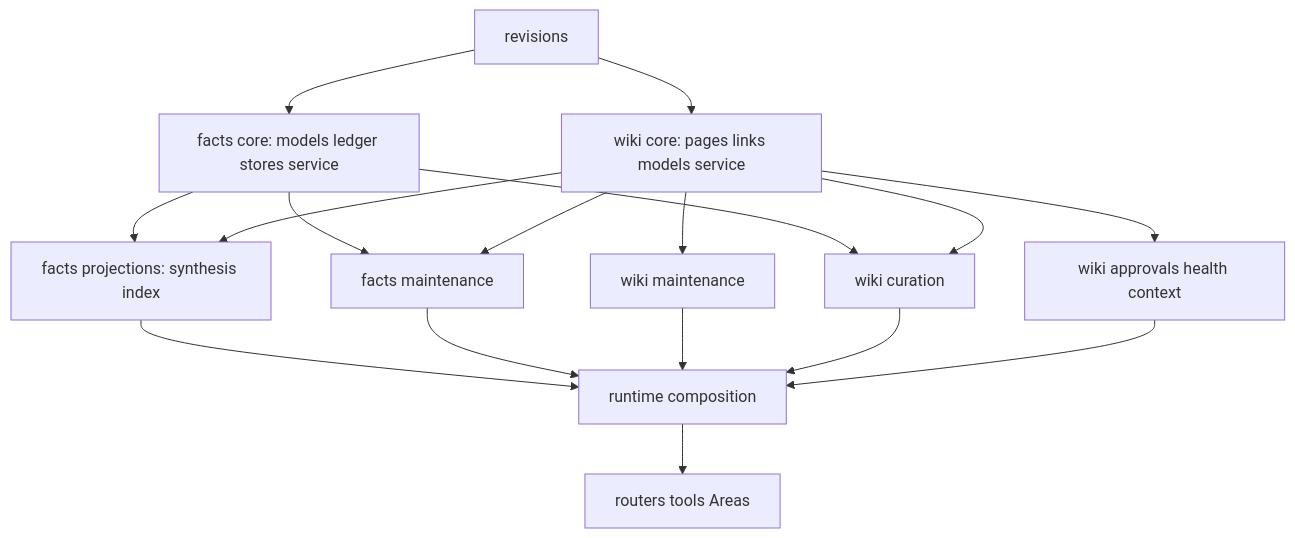
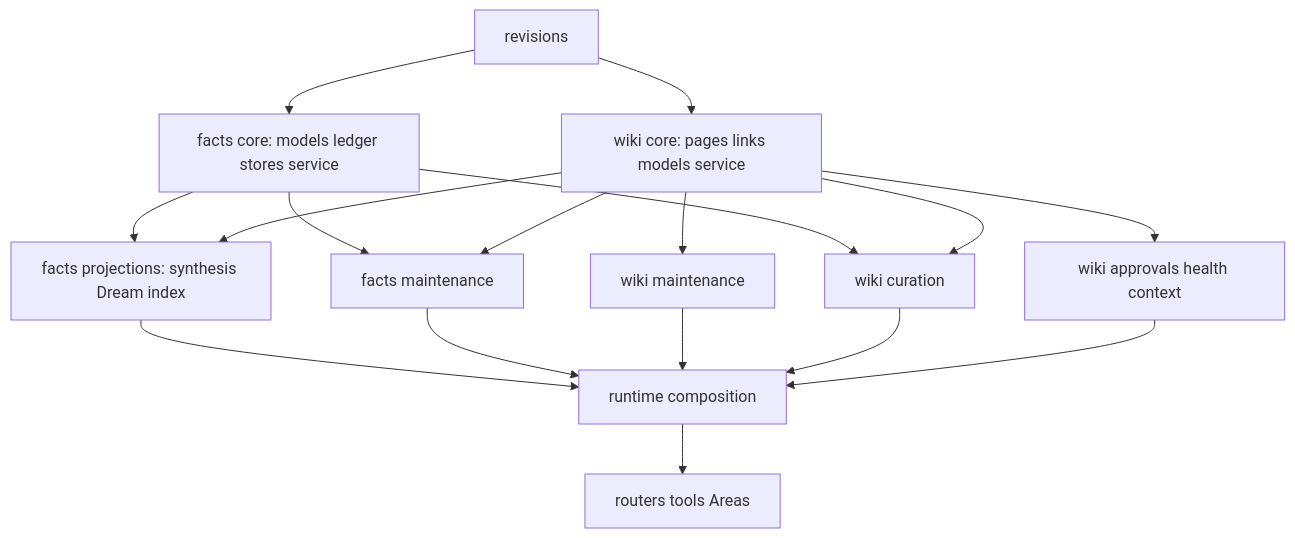
The second of 2 diagrams in docs/architecture/wiki-memory-dependencies.md (esceptico/arden), drawn with Mermaid before and after one commit. The commit also changed other lines of this file and 28 other files, not shown here.

````diff
--- a/docs/architecture/wiki-memory-dependencies.md
+++ b/docs/architecture/wiki-memory-dependencies.md
@@ -70,31 +70,31 @@
 ```mermaid
 flowchart TD
   revisions["revisions"]
   fact_core["facts core: models ledger stores service"]
   wiki_core["wiki core: pages links models service"]
-  fact_projection["facts projections: synthesis index"]
+  fact_projection["facts projections: synthesis Dream index"]
   fact_maintenance["facts maintenance"]
   wiki_maintenance["wiki maintenance"]
   wiki_curation["wiki curation"]
   wiki_support["wiki approvals health context"]
   composition["runtime composition"]
   delivery["routers tools Areas"]
 
   revisions --> fact_core
   revisions --> wiki_core
   fact_core --> fact_projection
   wiki_core --> fact_projection
   fact_core --> fact_maintenance
   wiki_core --> fact_maintenance
   wiki_core --> wiki_maintenance
   fact_core --> wiki_curation
   wiki_core --> wiki_curation
   wiki_core --> wiki_support
 
   fact_projection --> composition
   fact_maintenance --> composition
   wiki_maintenance --> composition
   wiki_curation --> composition
   wiki_support --> composition
   composition --> delivery
 ```
````
